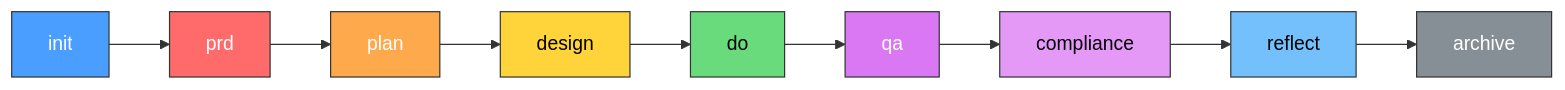
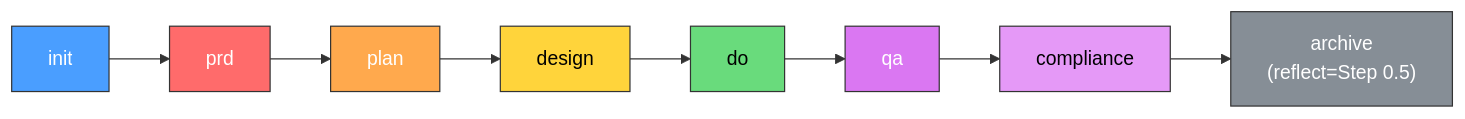
One commit to Arcanada-one/datarim changed the diagram in README.md. Above: the diagram before and after it, drawn with Mermaid. The commit also changed other lines of this file and 1 other file, not shown here.

````diff
--- a/README.md
+++ b/README.md
@@ -42,21 +42,19 @@
 ```mermaid
 graph LR
     init["init"] --> prd["prd"]
     prd --> plan["plan"]
     plan --> design["design"]
     design --> do["do"]
     do --> qa["qa"]
     qa --> compliance["compliance"]
-    compliance --> reflect["reflect"]
-    reflect --> archive["archive"]
+    compliance --> archive["archive<br/>(reflect=Step 0.5)"]
 
     style init fill:#4a9eff,stroke:#333,color:#fff
     style prd fill:#ff6b6b,stroke:#333,color:#fff
     style plan fill:#ffa94d,stroke:#333,color:#fff
     style design fill:#ffd43b,stroke:#333,color:#000
     style do fill:#69db7c,stroke:#333,color:#000
     style qa fill:#da77f2,stroke:#333,color:#fff
     style compliance fill:#e599f7,stroke:#333,color:#000
-    style reflect fill:#74c0fc,stroke:#333,color:#000
     style archive fill:#868e96,stroke:#333,color:#fff
 ```
````
